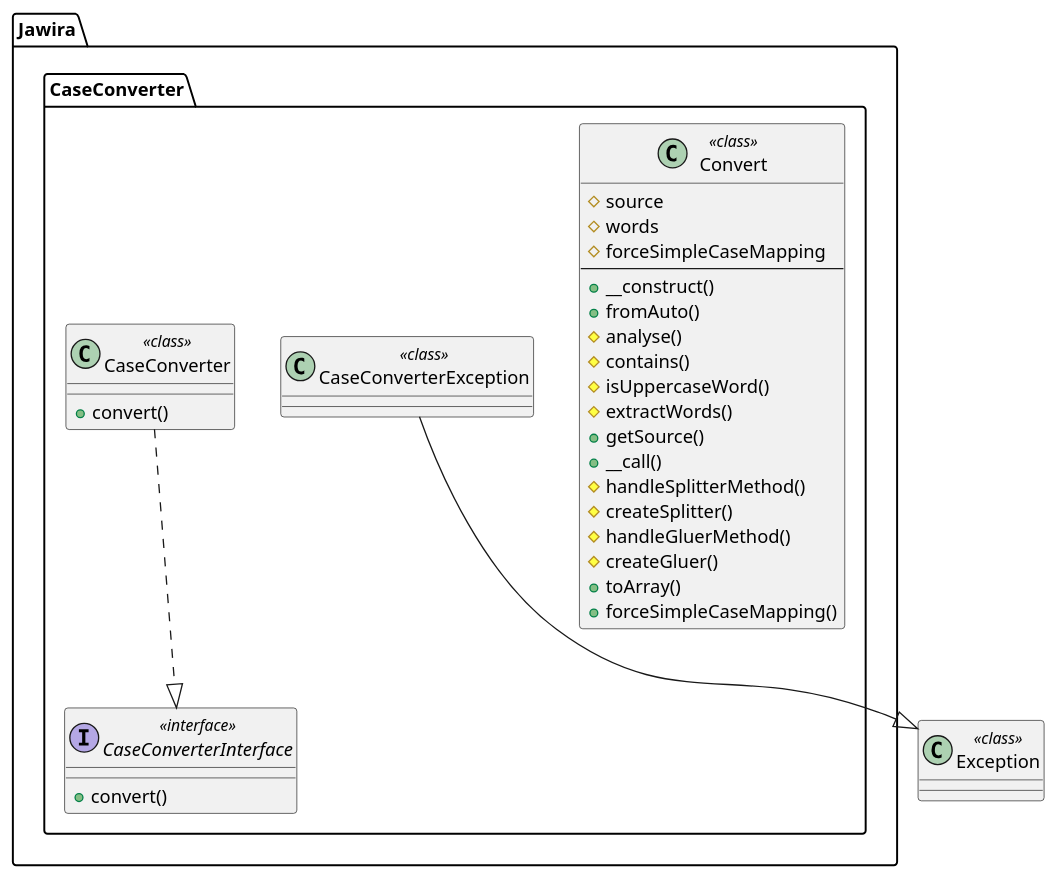
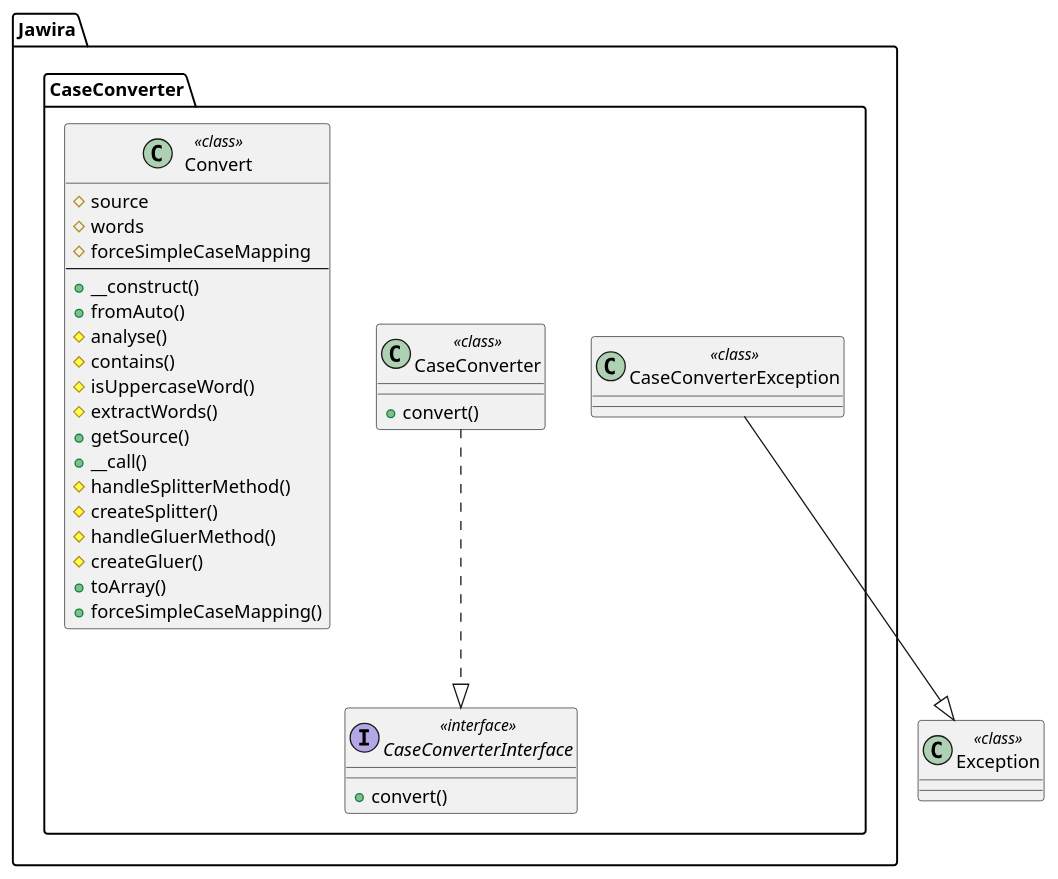
The diagram in images/uml-case-converter.puml (knm1/case-converter), drawn with PlantUML before and after one commit. The commit also changed other lines of this file and 57 other files, not shown here.

```diff
--- a/images/uml-case-converter.puml
+++ b/images/uml-case-converter.puml
@@ -1,36 +1,36 @@
 @startuml
 namespace Jawira.CaseConverter  {
+	class CaseConverterException << class >> {
+	}
+	interface CaseConverterInterface << interface >> {
+		+convert()
+	}
+	class CaseConverter << class >> {
+		+convert()
+	}
 	class Convert << class >> {
 		#source
 		#words
 		#forceSimpleCaseMapping
 		--
 		+__construct()
 		+fromAuto()
 		#analyse()
 		#contains()
 		#isUppercaseWord()
 		#extractWords()
 		+getSource()
 		+__call()
 		#handleSplitterMethod()
 		#createSplitter()
 		#handleGluerMethod()
 		#createGluer()
 		+toArray()
 		+forceSimpleCaseMapping()
 	}
-	class CaseConverter << class >> {
-		+convert()
-	}
-	interface CaseConverterInterface << interface >> {
-		+convert()
-	}
-	class CaseConverterException << class >> {
-	}
 }
 	class Exception << class >> {
 	}
+Jawira.CaseConverter.CaseConverterException --|> Exception
 Jawira.CaseConverter.CaseConverter ..|> Jawira.CaseConverter.CaseConverterInterface
-Jawira.CaseConverter.CaseConverterException --|> Exception
 @enduml
```
